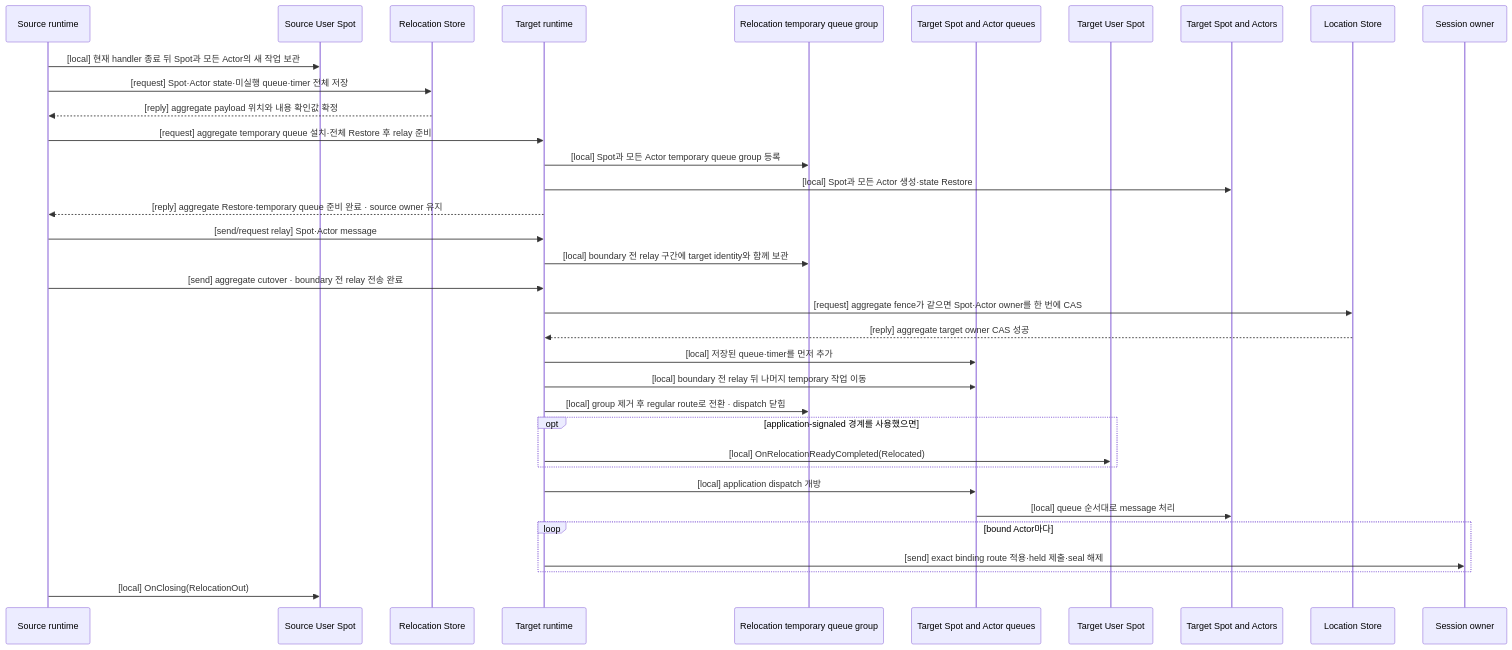
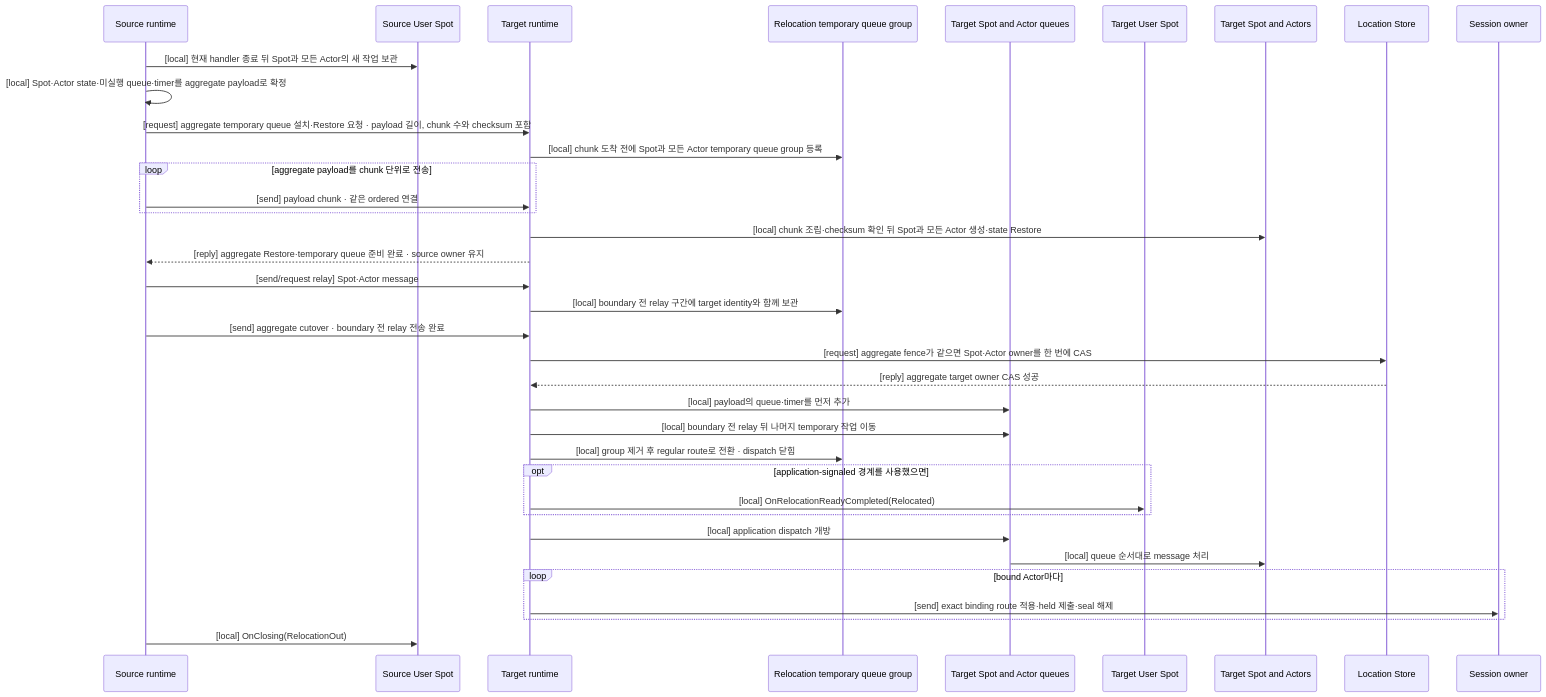
One commit to zlink-systems/zlink changed the seventh of 8 diagrams in framework/doc/framework/common/spec/server/30-host-relocation-flow.ko.md. Above: the diagram before and after it, drawn with Mermaid. The commit also changed other lines of this file and 145 other files, not shown here.

````diff
--- a/framework/doc/framework/common/spec/server/30-host-relocation-flow.ko.md
+++ b/framework/doc/framework/common/spec/server/30-host-relocation-flow.ko.md
@@ -740,38 +808,39 @@
 ```mermaid
 sequenceDiagram
     participant SourceRuntime as Source runtime
     participant SourceSpot as Source User Spot
-    participant RelocationStore as Relocation Store
     participant TargetRuntime as Target runtime
     participant TargetTemp as Relocation temporary queue group
     participant TargetQueues as Target Spot and Actor queues
     participant TargetSpot as Target User Spot
     participant TargetObjects as Target Spot and Actors
     participant LocationStore as Location Store
     participant SessionOwner as Session owner
 
     SourceRuntime->>SourceSpot: [local] 현재 handler 종료 뒤 Spot과 모든 Actor의 새 작업 보관
-    SourceRuntime->>RelocationStore: [request] Spot·Actor state·미실행 queue·timer 전체 저장
-    RelocationStore-->>SourceRuntime: [reply] aggregate payload 위치와 내용 확인값 확정
-    SourceRuntime->>TargetRuntime: [request] aggregate temporary queue 설치·전체 Restore 후 relay 준비
-    TargetRuntime->>TargetTemp: [local] Spot과 모든 Actor temporary queue group 등록
-    TargetRuntime->>TargetObjects: [local] Spot과 모든 Actor 생성·state Restore
+    SourceRuntime->>SourceRuntime: [local] Spot·Actor state·미실행 queue·timer를 aggregate payload로 확정
+    SourceRuntime->>TargetRuntime: [request] aggregate temporary queue 설치·Restore 요청 · payload 길이, chunk 수와 checksum 포함
+    TargetRuntime->>TargetTemp: [local] chunk 도착 전에 Spot과 모든 Actor temporary queue group 등록
+    loop aggregate payload를 chunk 단위로 전송
+        SourceRuntime->>TargetRuntime: [send] payload chunk · 같은 ordered 연결
+    end
+    TargetRuntime->>TargetObjects: [local] chunk 조립·checksum 확인 뒤 Spot과 모든 Actor 생성·state Restore
     TargetRuntime-->>SourceRuntime: [reply] aggregate Restore·temporary queue 준비 완료 · source owner 유지
     SourceRuntime->>TargetRuntime: [send/request relay] Spot·Actor message
     TargetRuntime->>TargetTemp: [local] boundary 전 relay 구간에 target identity와 함께 보관
     SourceRuntime->>TargetRuntime: [send] aggregate cutover · boundary 전 relay 전송 완료
     TargetRuntime->>LocationStore: [request] aggregate fence가 같으면 Spot·Actor owner를 한 번에 CAS
     LocationStore-->>TargetRuntime: [reply] aggregate target owner CAS 성공
-    TargetRuntime->>TargetQueues: [local] 저장된 queue·timer를 먼저 추가
+    TargetRuntime->>TargetQueues: [local] payload의 queue·timer를 먼저 추가
     TargetRuntime->>TargetQueues: [local] boundary 전 relay 뒤 나머지 temporary 작업 이동
     TargetRuntime->>TargetTemp: [local] group 제거 후 regular route로 전환 · dispatch 닫힘
     opt application-signaled 경계를 사용했으면
         TargetRuntime->>TargetSpot: [local] OnRelocationReadyCompleted(Relocated)
     end
     TargetRuntime->>TargetQueues: [local] application dispatch 개방
     TargetQueues->>TargetObjects: [local] queue 순서대로 message 처리
     loop bound Actor마다
         TargetRuntime->>SessionOwner: [send] exact binding route 적용·held 제출·seal 해제
     end
     SourceRuntime->>SourceSpot: [local] OnClosing(RelocationOut)
 ```
````
